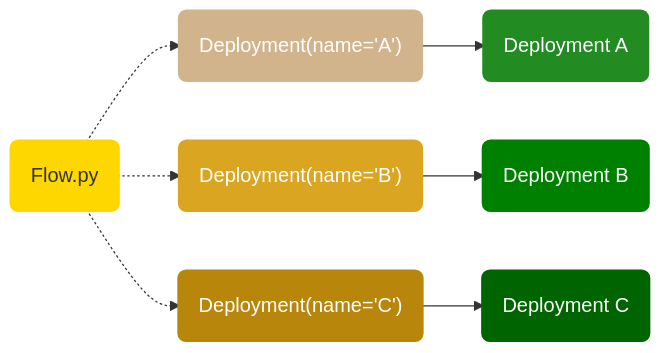
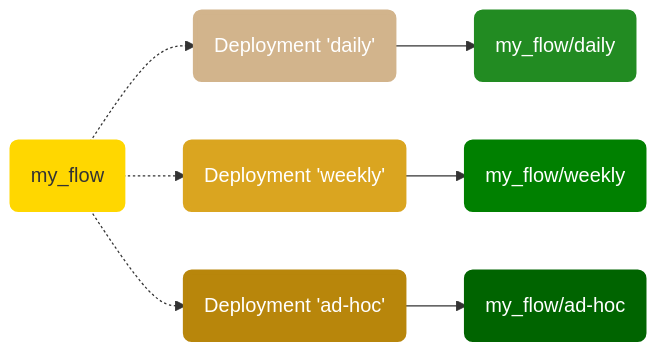
The diagram in docs/concepts/deployments.md (PrefectHQ/prefect), drawn with Mermaid before and after one commit. The commit also changed other lines of this file, not shown here.

````diff
--- a/docs/concepts/deployments.md
+++ b/docs/concepts/deployments.md
@@ -92,14 +65,14 @@
 ```mermaid
 graph LR
-    F("Flow.py"):::yellow -.-> A("Deployment(name='A')"):::tan --> X(Deployment A):::fgreen
-    F -.-> B("Deployment(name='B')"):::gold  --> Y(Deployment B):::green
-    F -.-> C("Deployment(name='C')"):::dgold --> Z(Deployment C):::dgreen
+    F("my_flow"):::yellow -.-> A("Deployment 'daily'"):::tan --> X("my_flow/daily"):::fgreen
+    F -.-> B("Deployment 'weekly'"):::gold  --> Y("my_flow/weekly"):::green
+    F -.-> C("Deployment 'ad-hoc'"):::dgold --> Z("my_flow/ad-hoc"):::dgreen
 
     classDef gold fill:goldenrod,stroke:goldenrod,stroke-width:4px,color:white
     classDef yellow fill:gold,stroke:gold,stroke-width:4px
     classDef dgold fill:darkgoldenrod,stroke:darkgoldenrod,stroke-width:4px,color:white
     classDef tan fill:tan,stroke:tan,stroke-width:4px,color:white
     classDef fgreen fill:forestgreen,stroke:forestgreen,stroke-width:4px,color:white
     classDef green fill:green,stroke:green,stroke-width:4px,color:white
     classDef dgreen fill:darkgreen,stroke:darkgreen,stroke-width:4px,color:white
 ```
````
